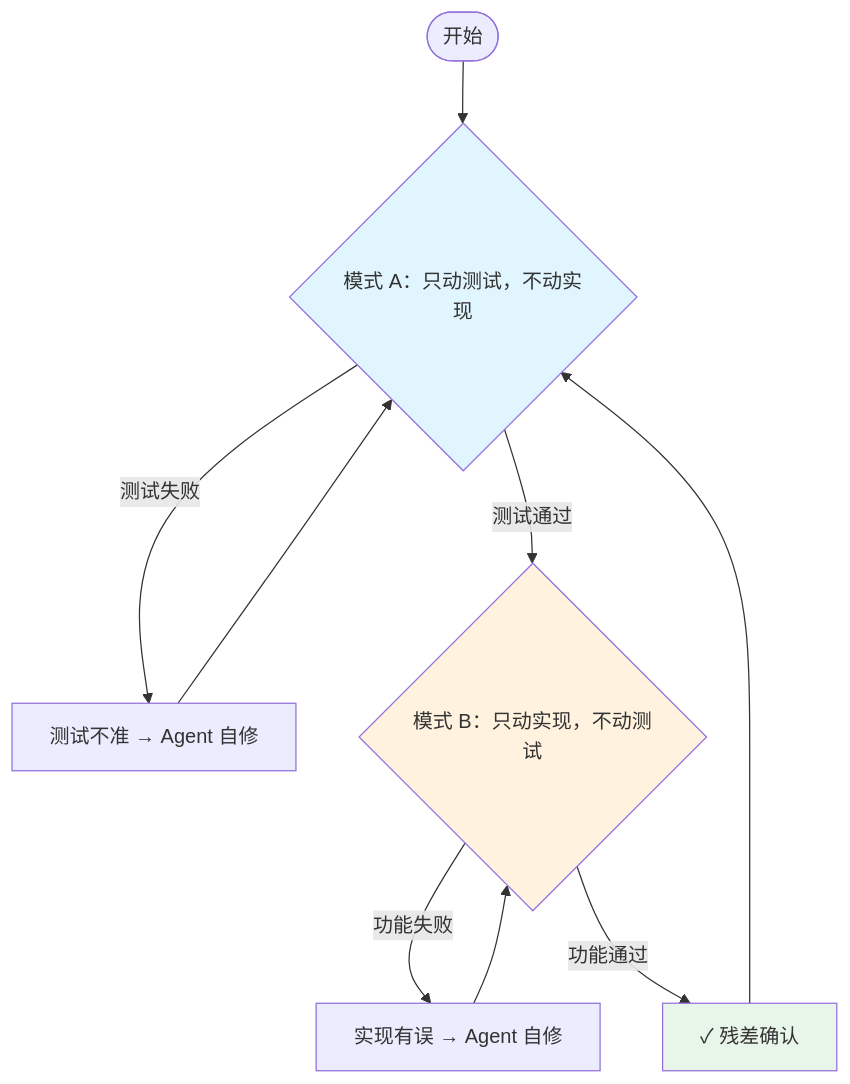
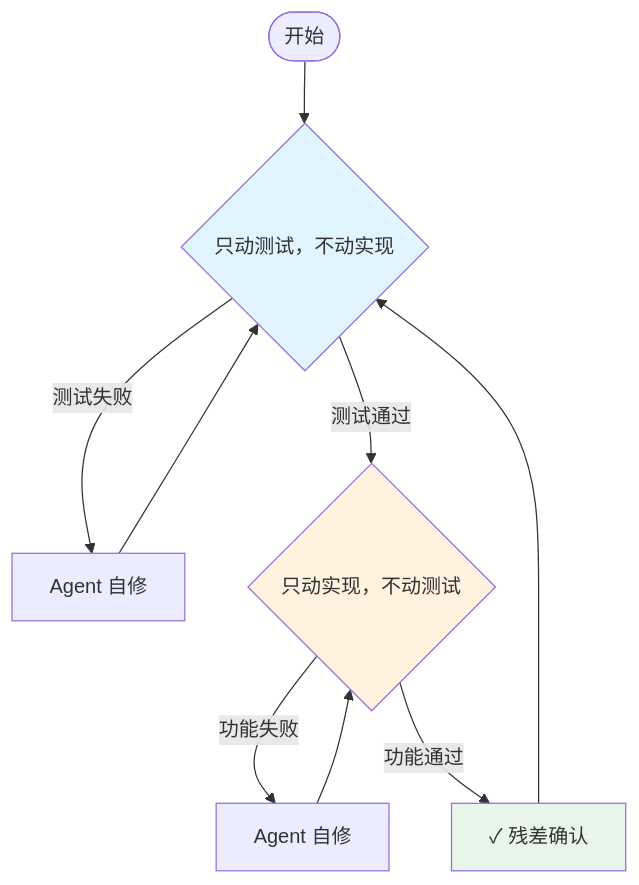
The first of 2 diagrams in source/_posts/agent-testing-residual.md (TennyZhuang/blog), drawn with Mermaid before and after one commit.

Commit message:
简化 mermaid 图表文字

````diff
--- a/source/_posts/agent-testing-residual.md
+++ b/source/_posts/agent-testing-residual.md
@@ -43,15 +43,15 @@
 ```mermaid
 flowchart TD
-    Start([开始]) --> ModeA{模式 A：只动测试，不动实现}
-    ModeA -->|测试失败| FixTest[测试不准 → Agent 自修]
+    Start([开始]) --> ModeA{只动测试，不动实现}
+    ModeA -->|测试失败| FixTest[Agent 自修]
     FixTest --> ModeA
-    ModeA -->|测试通过| ModeB{模式 B：只动实现，不动测试}
-    ModeB -->|功能失败| FixImpl[实现有误 → Agent 自修]
+    ModeA -->|测试通过| ModeB{只动实现，不动测试}
+    ModeB -->|功能失败| FixImpl[Agent 自修]
     FixImpl --> ModeB
     ModeB -->|功能通过| Residual[✓ 残差确认]
     Residual --> ModeA
     
     style ModeA fill:#e1f5fe
     style ModeB fill:#fff3e0
     style Residual fill:#e8f5e9
 ```
````
